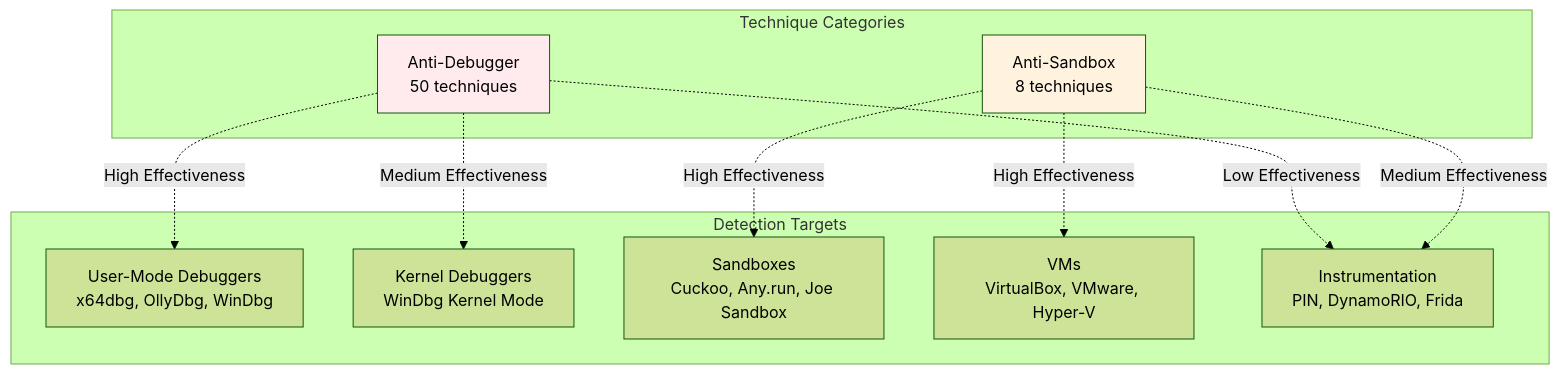
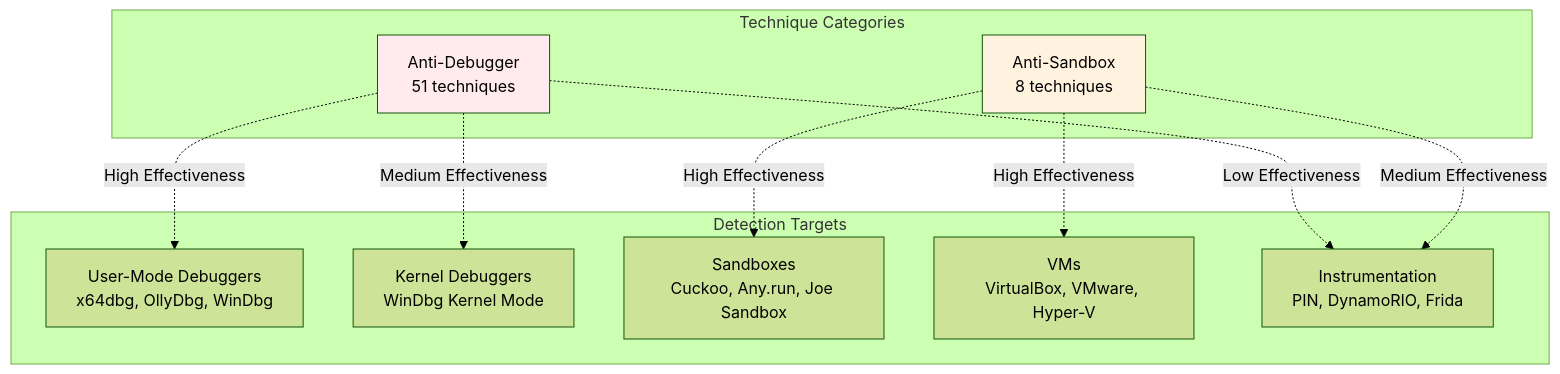
The seventh of 8 diagrams in docs/diagrams/taxonomy.md (mabj/anti), drawn with Mermaid (forest theme) before and after one commit. The commit also changed other lines of this file and 7 other files, not shown here.

Commit message:
Adding new anti-debugger technique AD051.

````diff
--- a/docs/diagrams/taxonomy.md
+++ b/docs/diagrams/taxonomy.md
@@ -223,26 +224,26 @@
 ```mermaid
 graph TB
     subgraph Detection Targets
         T1[User-Mode Debuggers<br/>x64dbg, OllyDbg, WinDbg]
         T2[Kernel Debuggers<br/>WinDbg Kernel Mode]
         T3[Sandboxes<br/>Cuckoo, Any.run, Joe Sandbox]
         T4[VMs<br/>VirtualBox, VMware, Hyper-V]
         T5[Instrumentation<br/>PIN, DynamoRIO, Frida]
     end
 
     subgraph Technique Categories
-        C1[Anti-Debugger<br/>50 techniques]
+        C1[Anti-Debugger<br/>51 techniques]
         C2[Anti-Sandbox<br/>8 techniques]
     end
 
     C1 -.High Effectiveness.-> T1
     C1 -.Medium Effectiveness.-> T2
     C1 -.Low Effectiveness.-> T5
 
     C2 -.High Effectiveness.-> T3
     C2 -.High Effectiveness.-> T4
     C2 -.Medium Effectiveness.-> T5
 
     style C1 fill:#ffebee
     style C2 fill:#fff3e0
 ```
````
